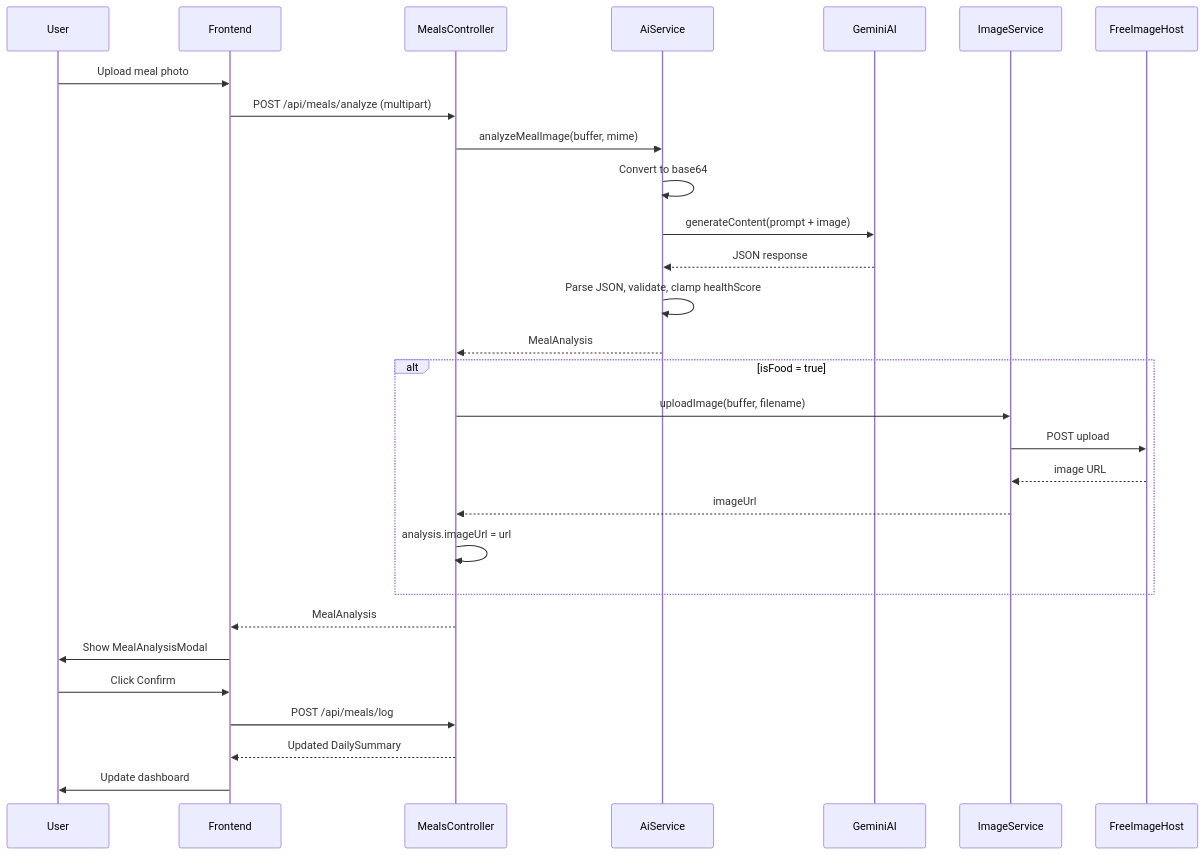
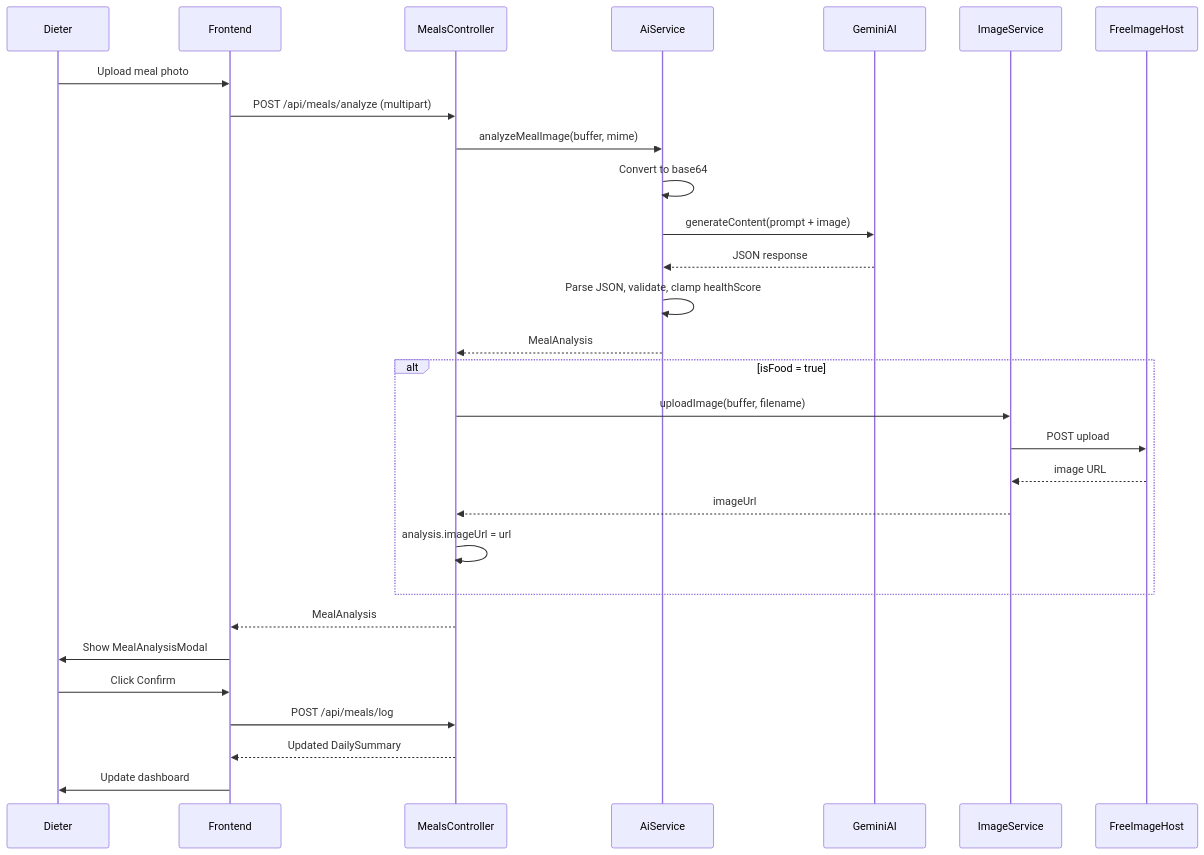
One commit to MinhTriet0612/CalAIClone changed the sixth of 6 diagrams in docs/CLASS_UML.md. Above: the diagram before and after it, drawn with Mermaid. The commit also changed 2 other files, not shown here.

Commit message:
docs: formalize documentation set to SQA standards (Dieter actor, sequence diagrams, activity diagrams)

````diff
--- a/docs/CLASS_UML.md
+++ b/docs/CLASS_UML.md
@@ -521,35 +521,35 @@
 ```mermaid
 sequenceDiagram
-    participant User
+    participant D as Dieter
     participant Frontend
     participant MealsController
     participant AiService
     participant GeminiAI
     participant ImageService
     participant FreeImageHost
 
-    User->>Frontend: Upload meal photo
+    D->>Frontend: Upload meal photo
     Frontend->>MealsController: POST /api/meals/analyze (multipart)
     MealsController->>AiService: analyzeMealImage(buffer, mime)
     AiService->>AiService: Convert to base64
     AiService->>GeminiAI: generateContent(prompt + image)
     GeminiAI-->>AiService: JSON response
     AiService->>AiService: Parse JSON, validate, clamp healthScore
     AiService-->>MealsController: MealAnalysis
 
     alt isFood = true
         MealsController->>ImageService: uploadImage(buffer, filename)
         ImageService->>FreeImageHost: POST upload
         FreeImageHost-->>ImageService: image URL
         ImageService-->>MealsController: imageUrl
         MealsController->>MealsController: analysis.imageUrl = url
     end
 
     MealsController-->>Frontend: MealAnalysis
-    Frontend->>User: Show MealAnalysisModal
+    Frontend->>D: Show MealAnalysisModal
 
-    User->>Frontend: Click Confirm
+    D->>Frontend: Click Confirm
     Frontend->>MealsController: POST /api/meals/log
     MealsController-->>Frontend: Updated DailySummary
-    Frontend->>User: Update dashboard
+    Frontend->>D: Update dashboard
 ```
````
